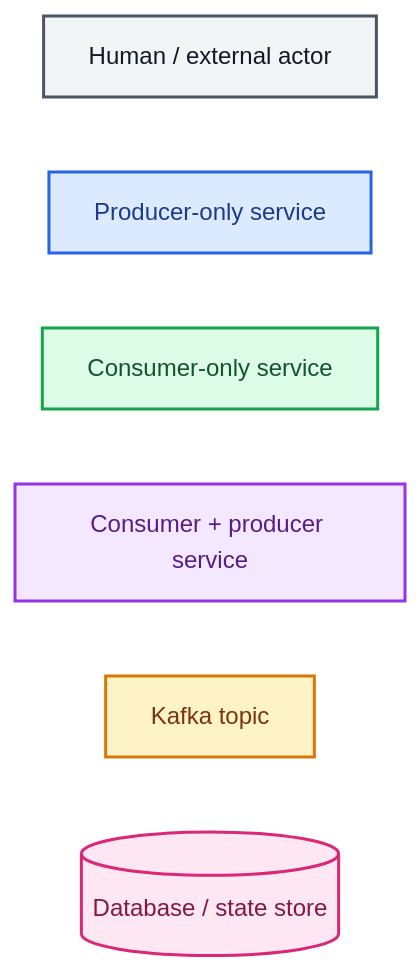
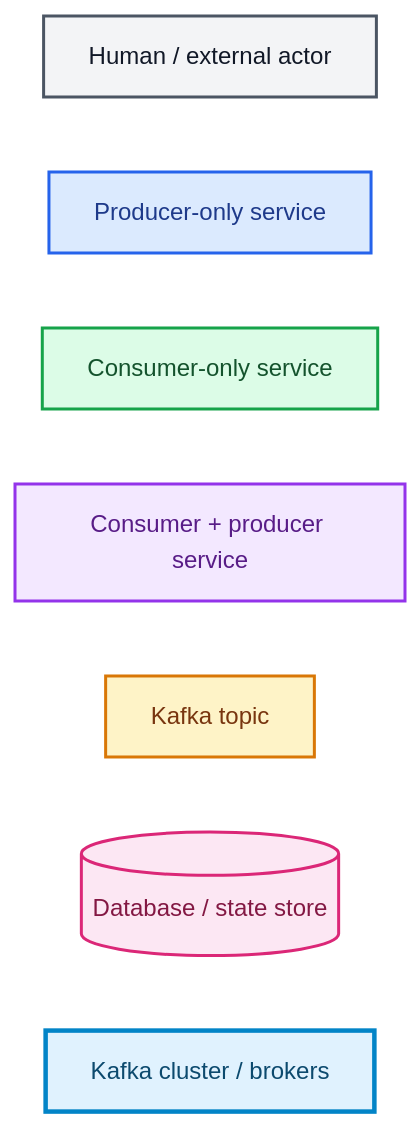
One commit to arpit-jain-mygit/interview-preparation changed the first of 6 diagrams in Kafka-Questions.md. Above: the diagram before and after it, drawn with Mermaid. The commit also changed other lines of this file, not shown here.

Commit message:
Add Kafka clusters and brokers to diagrams

````diff
--- a/Kafka-Questions.md
+++ b/Kafka-Questions.md
@@ -55,16 +55,18 @@
 ```mermaid
 flowchart LR
     L1["Human / external actor"]:::actor
     L2["Producer-only service"]:::producer
     L3["Consumer-only service"]:::consumer
     L4["Consumer + producer service"]:::both
     L5["Kafka topic"]:::topic
     L6[("Database / state store")]:::store
+    L7["Kafka cluster / brokers"]:::cluster
 
     classDef actor fill:#F3F4F6,stroke:#4B5563,color:#111827,stroke-width:2px;
     classDef producer fill:#DBEAFE,stroke:#2563EB,color:#1E3A8A,stroke-width:2px;
     classDef consumer fill:#DCFCE7,stroke:#16A34A,color:#14532D,stroke-width:2px;
     classDef both fill:#F3E8FF,stroke:#9333EA,color:#581C87,stroke-width:2px;
     classDef topic fill:#FEF3C7,stroke:#D97706,color:#78350F,stroke-width:2px;
     classDef store fill:#FCE7F3,stroke:#DB2777,color:#831843,stroke-width:2px;
+    classDef cluster fill:#E0F2FE,stroke:#0284C7,color:#0C4A6E,stroke-width:3px;
 ```
````
